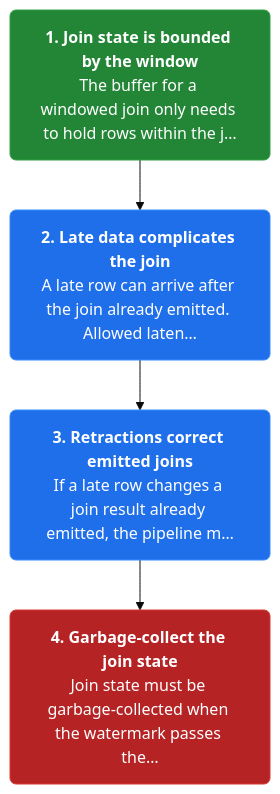
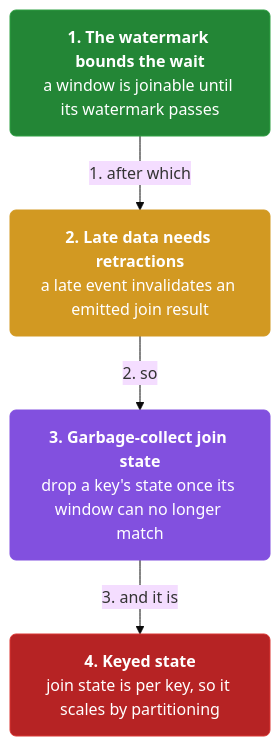
The third of 19 diagrams in docs/ch09-streaming-joins.md (vinayakuber/streaming-systems-study-guide), drawn with Mermaid (base theme) before and after one commit. The commit also changed other lines of this file and 12 other files, not shown here.

First line of the commit message:
Author per-section and per-card mermaid diagrams (110 diagrams)

````diff
--- a/docs/ch09-streaming-joins.md
+++ b/docs/ch09-streaming-joins.md
@@ -91,13 +95,15 @@
 ```mermaid
 flowchart TD
-  classDef step fill:#1f6feb,color:#ffffff,stroke:#388bfd,stroke-width:1px,rx:6
+  classDef step fill:#1f6feb,color:#ffffff,stroke:#388bfd,rx:6
+  classDef core fill:#8250df,color:#ffffff,stroke:#8250df,rx:6
+  classDef warn fill:#d29922,color:#ffffff,stroke:#d29922,rx:6
   classDef start fill:#238636,color:#ffffff,stroke:#2ea043,rx:6
   classDef stop fill:#b62324,color:#ffffff,stroke:#da3633,rx:6
-  s2n0["<b>1. Join state is bounded by the window</b><br/>The buffer for a windowed join only needs to hold rows within the j…"]:::start
-  s2n1["<b>2. Late data complicates the join</b><br/>A late row can arrive after the join already emitted. Allowed laten…"]:::step
-  s2n2["<b>3. Retractions correct emitted joins</b><br/>If a late row changes a join result already emitted, the pipeline m…"]:::step
-  s2n3["<b>4. Garbage-collect the join state</b><br/>Join state must be garbage-collected when the watermark passes the…"]:::stop
-  s2n0 --> s2n1
-  s2n1 --> s2n2
-  s2n2 --> s2n3
+  n0["<b>1. The watermark bounds the wait</b><br/>a window is joinable until its watermark passes"]:::start
+  n1["<b>2. Late data needs retractions</b><br/>a late event invalidates an emitted join result"]:::warn
+  n2["<b>3. Garbage-collect join state</b><br/>drop a key's state once its window can no longer match"]:::core
+  n3["<b>4. Keyed state</b><br/>join state is per key, so it scales by partitioning"]:::stop
+  n0 -->|"1. after which"| n1
+  n1 -->|"2. so"| n2
+  n2 -->|"3. and it is"| n3
 ```
````
